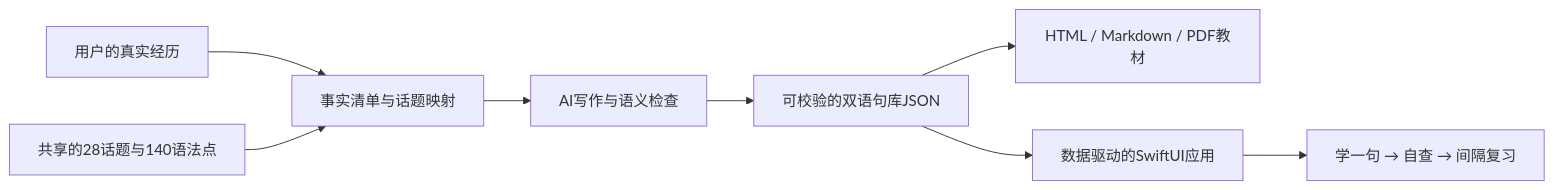
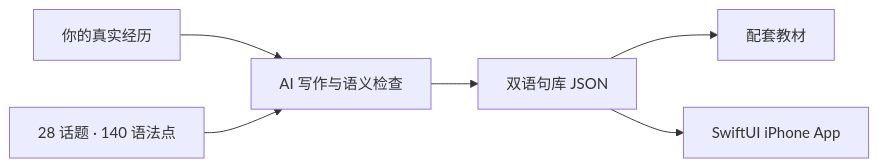
The diagram in skills/ispeak-personal-speaking/README.md (ChoneyChen/ispeak), drawn with Mermaid before and after one commit. The commit also changed other lines of this file and 6 other files, not shown here.

````diff
--- a/skills/ispeak-personal-speaking/README.md
+++ b/skills/ispeak-personal-speaking/README.md
@@ -13,10 +76,8 @@
 ```mermaid
 flowchart LR
-    A[用户的真实经历] --> B[事实清单与话题映射]
-    C[共享的28话题与140语法点] --> B
-    B --> D[AI写作与语义检查]
-    D --> E[可校验的双语句库JSON]
-    E --> F[HTML / Markdown / PDF教材]
-    E --> G[数据驱动的SwiftUI应用]
-    G --> H[学一句 → 自查 → 间隔复习]
+    P[你的真实经历] --> A[AI 写作与语义检查]
+    G[28 话题 · 140 语法点] --> A
+    A --> J[双语句库 JSON]
+    J --> B[配套教材]
+    J --> I[SwiftUI iPhone App]
 ```
````
